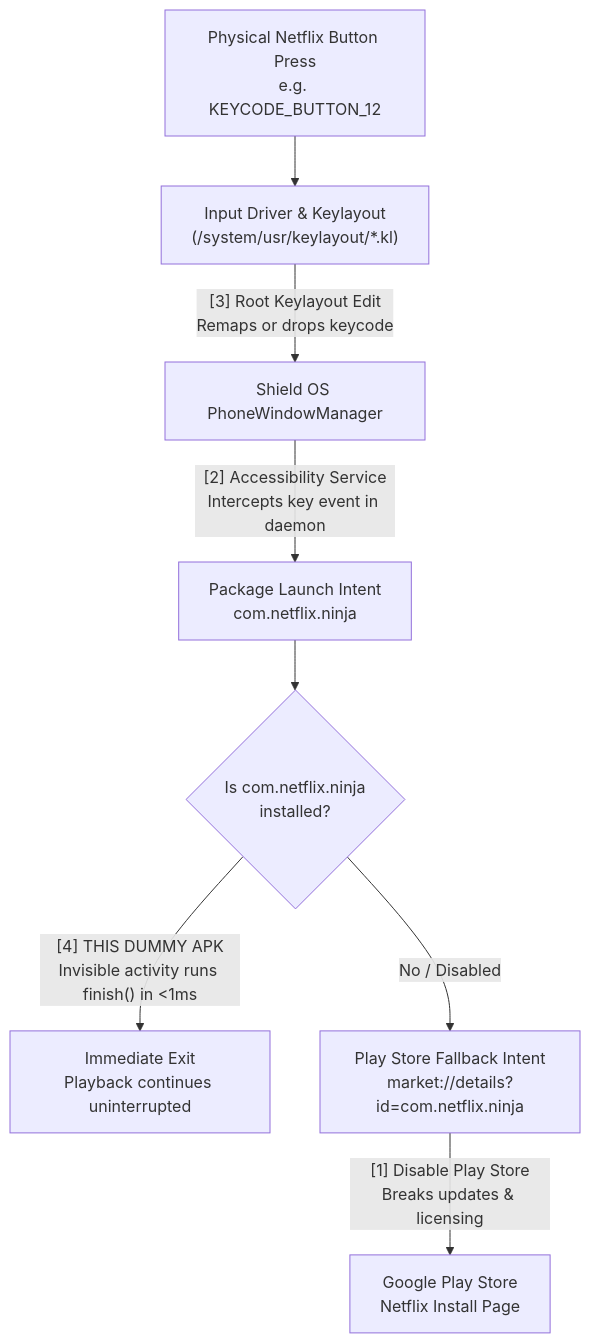
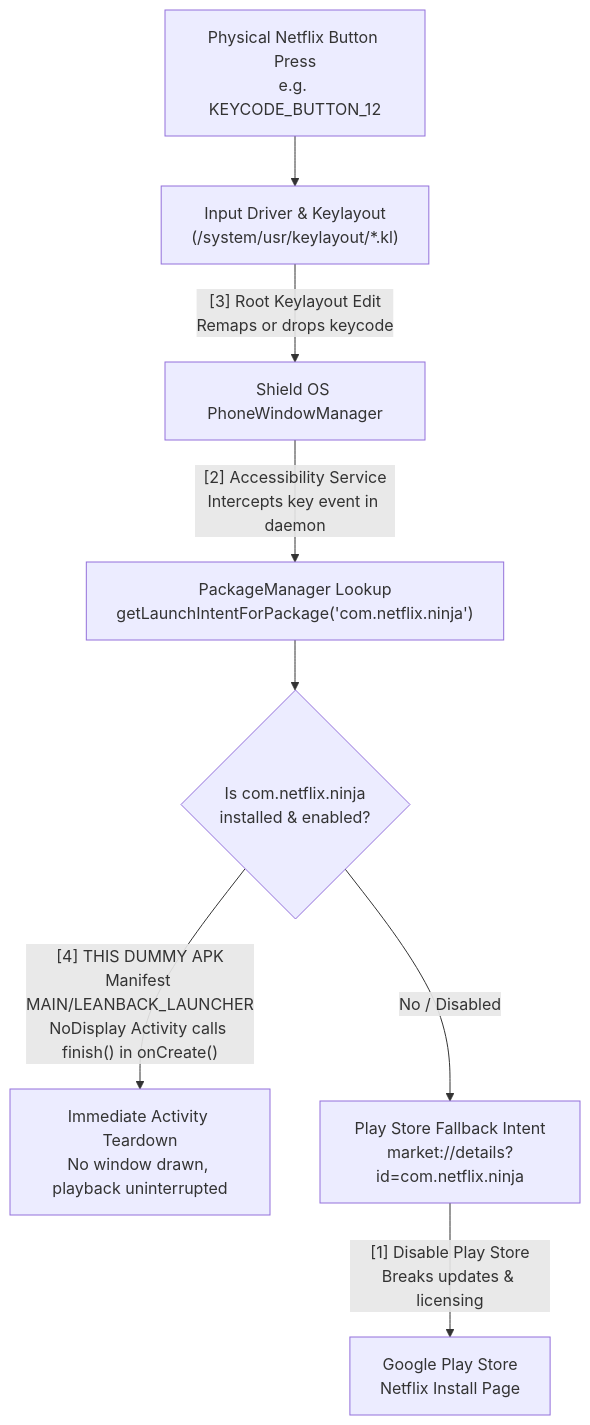
The diagram in README.md (YanShtein/shield-netflix-dummy), drawn with Mermaid before and after one commit. The commit also changed other lines of this file, not shown here.

````diff
--- a/README.md
+++ b/README.md
@@ -11,10 +19,10 @@
 ```mermaid
 flowchart TD
     A[Physical Netflix Button Press<br/>e.g. KEYCODE_BUTTON_12] --> B["Input Driver & Keylayout<br/>(/system/usr/keylayout/*.kl)"]
     B -->|"[3] Root Keylayout Edit<br/>Remaps or drops keycode"| C[Shield OS PhoneWindowManager]
-    C -->|"[2] Accessibility Service<br/>Intercepts key event in daemon"| D[Package Launch Intent<br/>com.netflix.ninja]
-    D --> E{Is com.netflix.ninja<br/>installed?}
-    E -->|"[4] THIS DUMMY APK<br/>Invisible activity runs finish() in <1ms"| F[Immediate Exit<br/>Playback continues uninterrupted]
+    C -->|"[2] Accessibility Service<br/>Intercepts key event in daemon"| D["PackageManager Lookup<br/>getLaunchIntentForPackage('com.netflix.ninja')"]
+    D --> E{Is com.netflix.ninja<br/>installed & enabled?}
+    E -->|"[4] THIS DUMMY APK<br/>Manifest MAIN/LEANBACK_LAUNCHER<br/>NoDisplay Activity calls finish() in onCreate()"| F[Immediate Activity Teardown<br/>No window drawn, playback uninterrupted]
     E -->|No / Disabled| G[Play Store Fallback Intent<br/>market://details?id=com.netflix.ninja]
     G -->|"[1] Disable Play Store<br/>Breaks updates & licensing"| H[Google Play Store<br/>Netflix Install Page]
 ```
````
